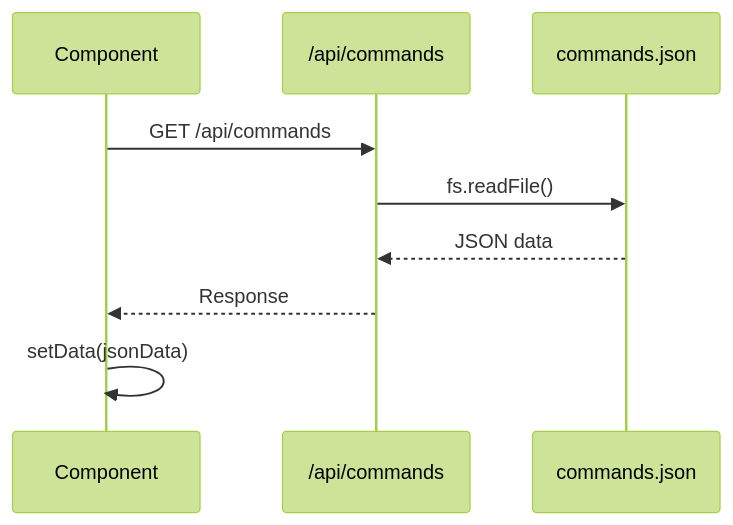
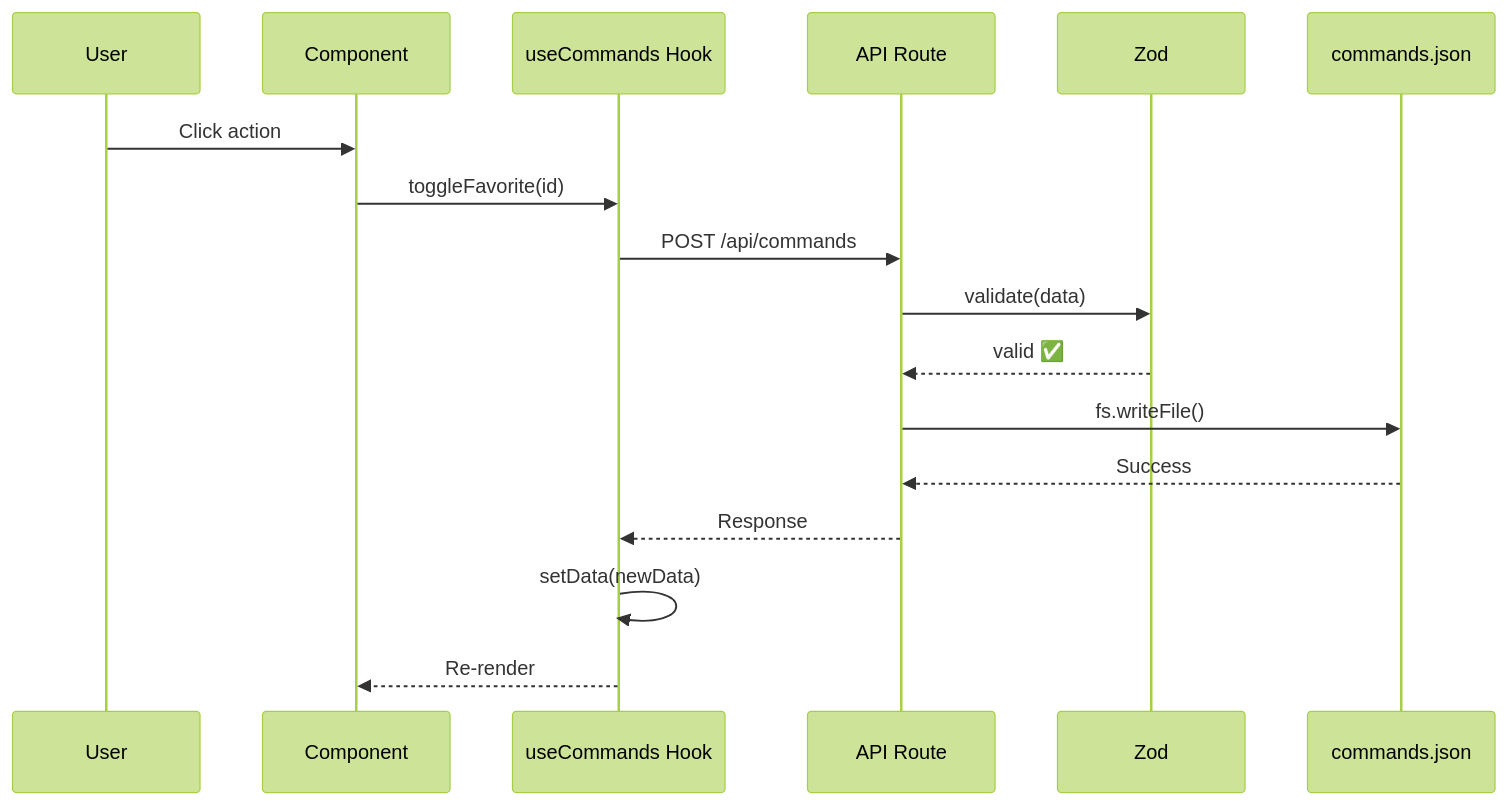
One commit to pedropablo-dev/aia-dev-caddy changed the second of 2 diagrams in docs/ARCHITECTURE.md. Above: the diagram before and after it, drawn with Mermaid (forest theme). The commit also changed other lines of this file and 4 other files, not shown here.

Commit message:
docs: sync architecture, bible and roadmap with v0.2.0 reality

````diff
--- a/docs/ARCHITECTURE.md
+++ b/docs/ARCHITECTURE.md
@@ -38,12 +233,20 @@
 ```mermaid
 sequenceDiagram
+    participant U as User
     participant C as Component
-    participant A as /api/commands
+    participant H as useCommands Hook
+    participant A as API Route
+    participant Z as Zod
     participant F as commands.json
     
-    C->>A: GET /api/commands
-    A->>F: fs.readFile()
-    F-->>A: JSON data
-    A-->>C: Response
-    C->>C: setData(jsonData)
+    U->>C: Click action
+    C->>H: toggleFavorite(id)
+    H->>A: POST /api/commands
+    A->>Z: validate(data)
+    Z-->>A: valid ✅
+    A->>F: fs.writeFile()
+    F-->>A: Success
+    A-->>H: Response
+    H->>H: setData(newData)
+    H-->>C: Re-render
 ```
````
